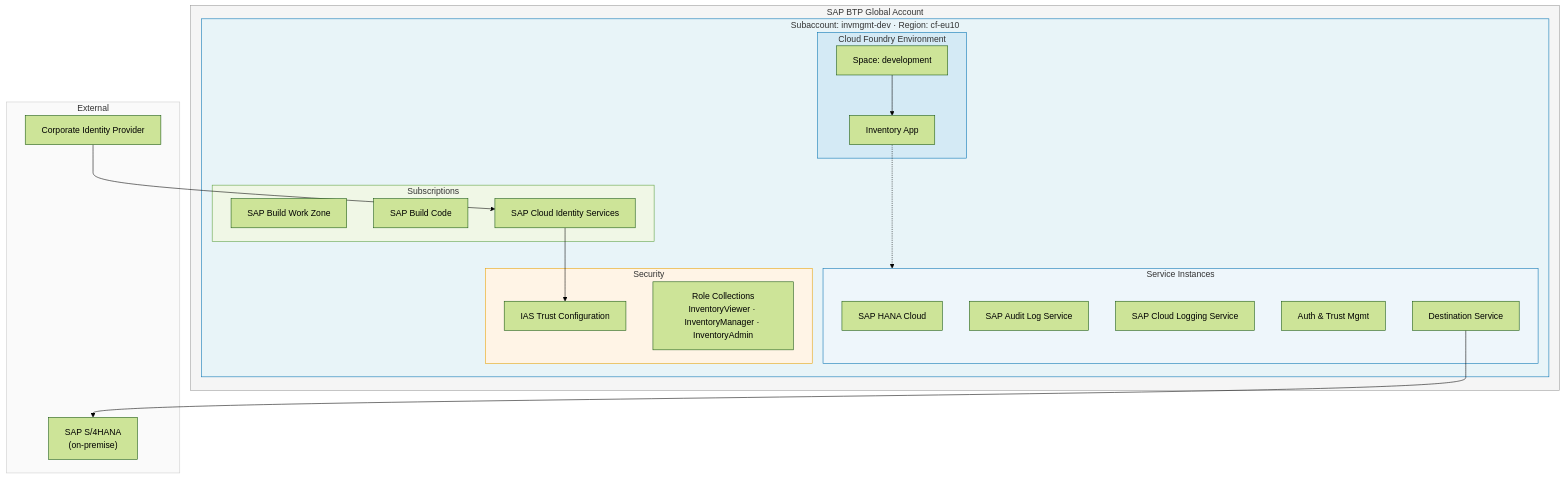
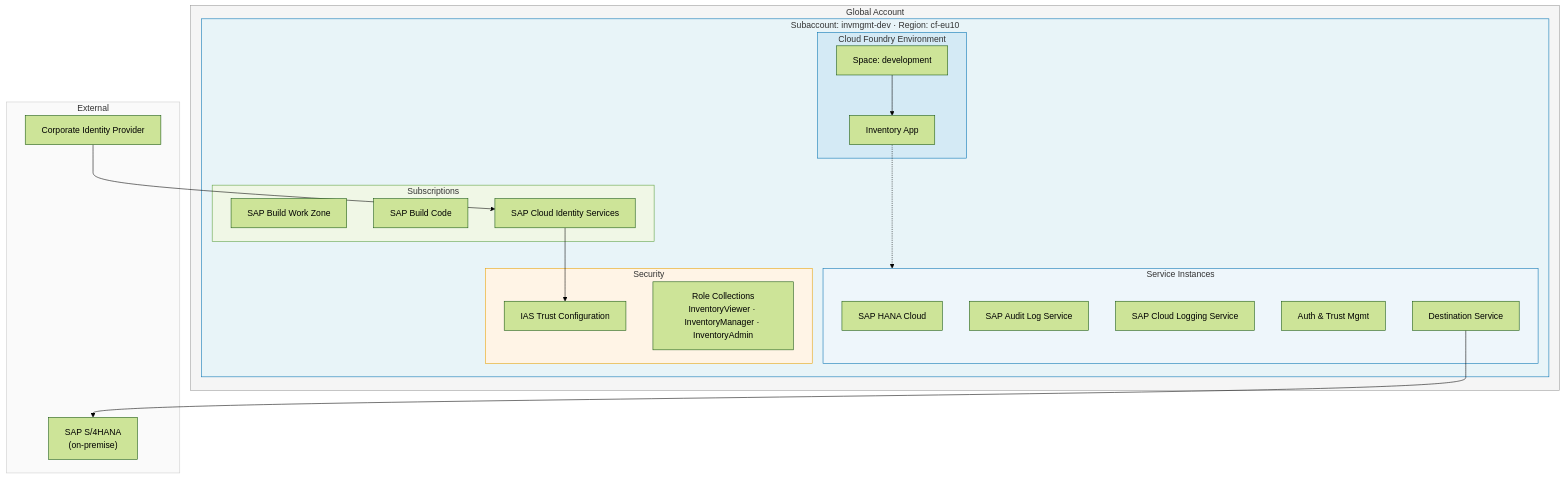
Before and after one commit to SAP-samples/teched2026-XP265: the first of 2 diagrams in exercises/ex0/README.md, drawn with Mermaid (forest theme). The commit also changed other lines of this file and 14 other files, not shown here.

````diff
--- a/exercises/ex0/README.md
+++ b/exercises/ex0/README.md
@@ -69,49 +69,49 @@
 ```mermaid
 graph TD
-    subgraph GA["SAP BTP Global Account"]
+    subgraph GA["Global Account"]
         subgraph SA["Subaccount: invmgmt-dev · Region: cf-eu10"]
             subgraph CF["Cloud Foundry Environment"]
                 SPACE["Space: development"]
                 APP["Inventory App"]
                 SPACE --> APP
             end
 
             subgraph INST["Service Instances"]
                 HANA["SAP HANA Cloud"]
                 AUDIT["SAP Audit Log Service"]
                 LOG["SAP Cloud Logging Service"]
                 XSUAA["Auth & Trust Mgmt"]
                 DEST["Destination Service"]
             end
 
             subgraph SUBS["Subscriptions"]
                 WZ["SAP Build Work Zone"]
                 BC["SAP Build Code"]
                 IAS["SAP Cloud Identity Services"]
             end
 
             subgraph SEC["Security"]
                 TRUST["IAS Trust Configuration"]
                 ROLES["Role Collections\nInventoryViewer · InventoryManager · InventoryAdmin"]
             end
         end
     end
 
     subgraph EXT["External"]
         S4["SAP S/4HANA\n(on-premise)"]
         CORP["Corporate Identity Provider"]
     end
 
     APP -..-> INST
     IAS --> TRUST
     DEST --> S4
     CORP --> IAS
 
     style GA fill:#f5f5f5,stroke:#999
     style SA fill:#e8f4f8,stroke:#0070b1
     style CF fill:#d4eaf5,stroke:#0070b1
     style INST fill:#eef6fb,stroke:#0070b1
     style SUBS fill:#f0f7e6,stroke:#5a9e3a
     style SEC fill:#fff4e6,stroke:#e8a000
     style EXT fill:#fafafa,stroke:#ccc
 ```
````
